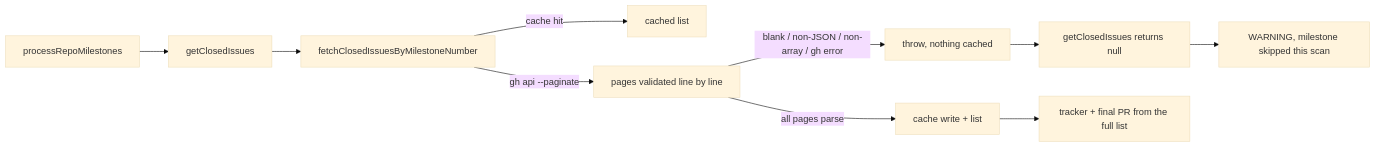
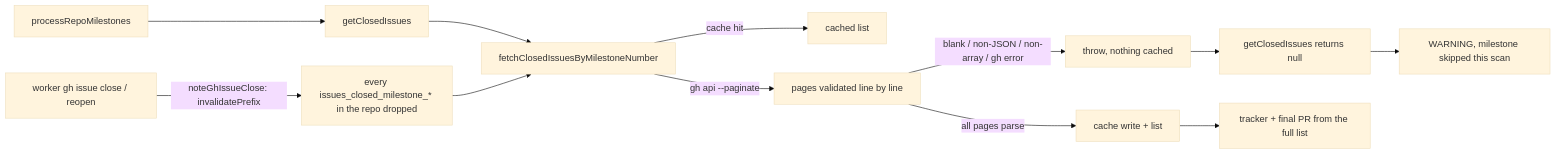
The diagram in docs/archive/pr-summaries/pr-summary-3662.md (stSoftwareAU/VibeCoder), drawn with Mermaid (base theme) before and after one commit. The commit also changed other lines of this file and 8 other files, not shown here.

First line of the commit message:
Drop per-milestone closed lists on a worker close or reopen (#3662)

````diff
--- a/docs/archive/pr-summaries/pr-summary-3662.md
+++ b/docs/archive/pr-summaries/pr-summary-3662.md
@@ -28,12 +28,14 @@
 ```mermaid
 flowchart LR
     S[processRepoMilestones] --> G[getClosedIssues]
     G --> F[fetchClosedIssuesByMilestoneNumber]
     F -->|cache hit| C[cached list]
     F -->|gh api --paginate| P[pages validated line by line]
     P -->|all pages parse| W[cache write + list]
     P -->|blank / non-JSON / non-array / gh error| T[throw, nothing cached]
     T --> N[getClosedIssues returns null]
     N --> K[WARNING, milestone skipped this scan]
     W --> R[tracker + final PR from the full list]
+    X[worker gh issue close / reopen] -->|noteGhIssueClose: invalidatePrefix| D[every issues_closed_milestone_* in the repo dropped]
+    D --> F
 ```
````
